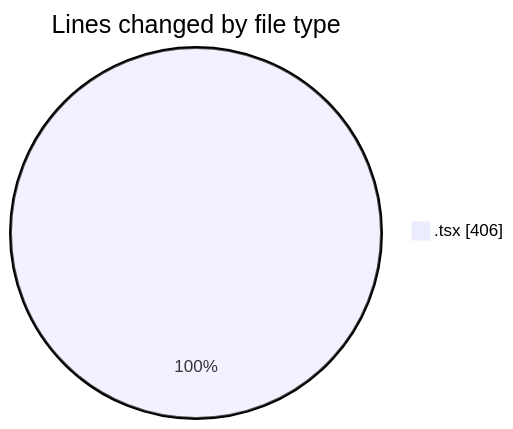
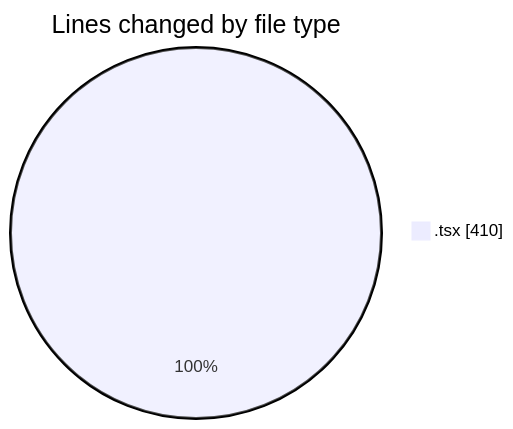
One commit to EIIisD/code-tracking changed the first of 2 diagrams in 2025-08-02/tw-server/README.md. Above: the diagram before and after it, drawn with Mermaid. The commit also changed other lines of this file and 1 other file, not shown here.

````diff
--- a/2025-08-02/tw-server/README.md
+++ b/2025-08-02/tw-server/README.md
@@ -21,5 +21,5 @@
 ```mermaid
 pie showData
 title Lines changed by file type
-".tsx" : 406
+".tsx" : 410
 ```
````
